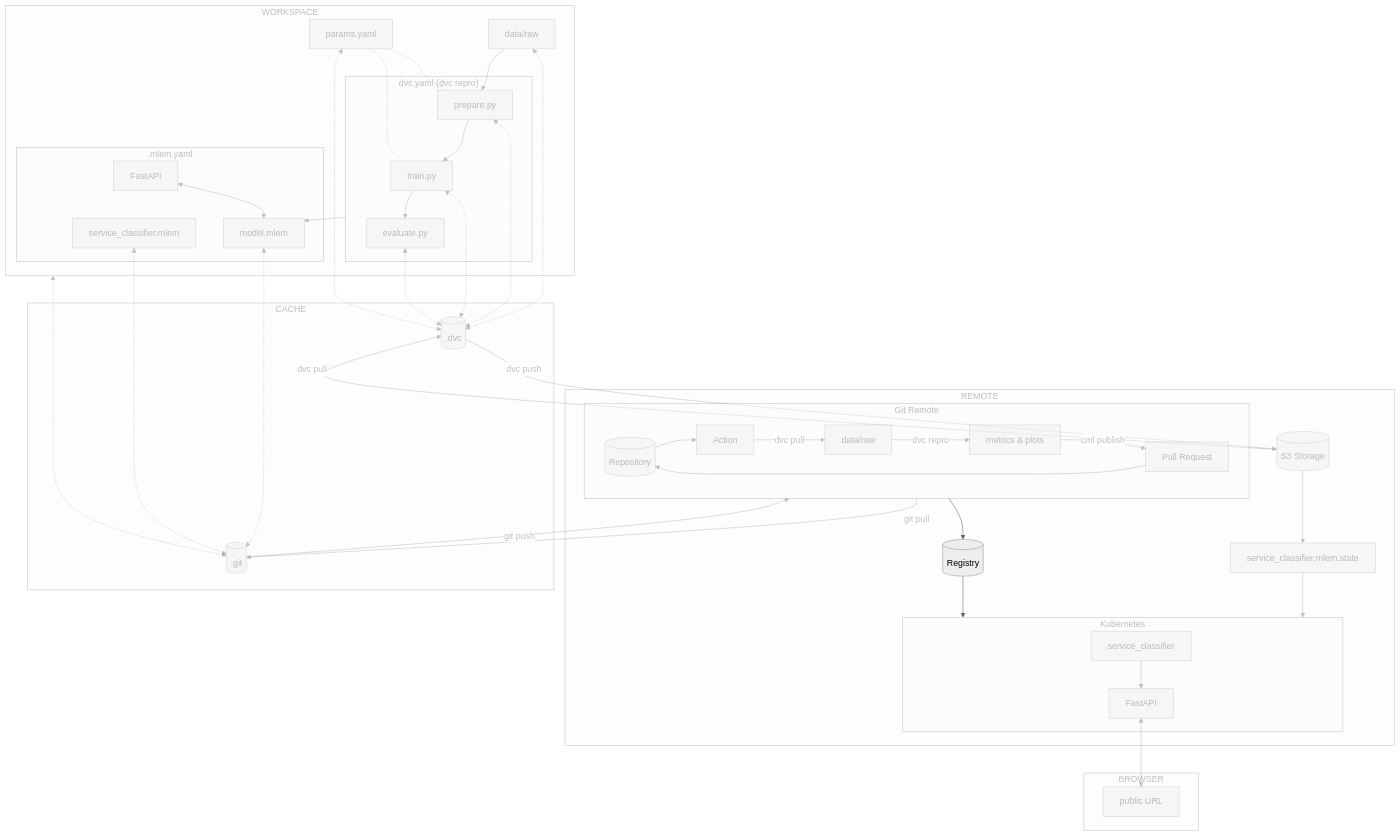
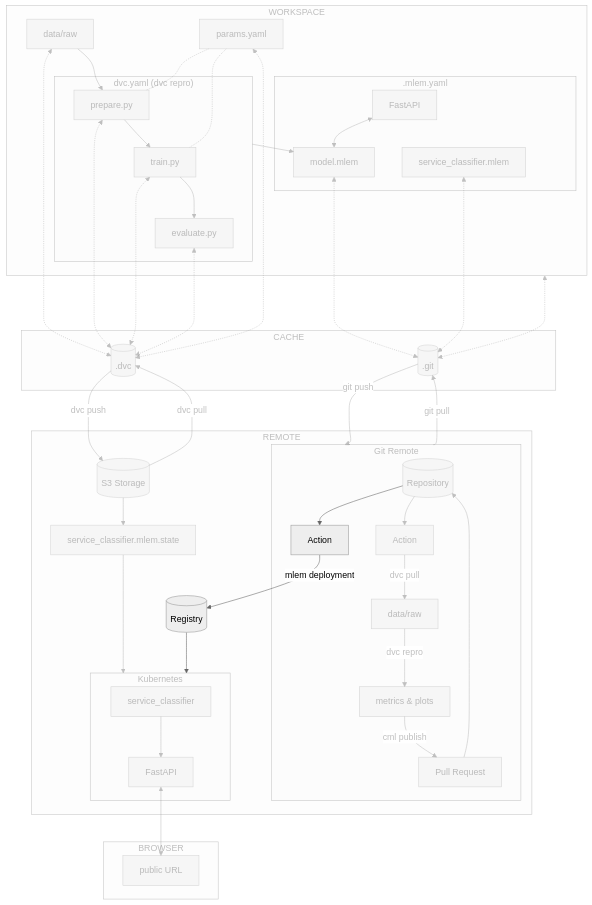
Before and after one commit to swiss-ai-center/a-guide-to-mlops: the diagram in docs/part-3-serve-and-deploy-the-model/chapter-14-continuous-deployment-of-the-model-with-mlem-and-the-cicd-pipeline.md, drawn with Mermaid (neutral theme).

Commit message:
Adjust mermaid further for chapter 14

````diff
--- a/docs/part-3-serve-and-deploy-the-model/chapter-14-continuous-deployment-of-the-model-with-mlem-and-the-cicd-pipeline.md
+++ b/docs/part-3-serve-and-deploy-the-model/chapter-14-continuous-deployment-of-the-model-with-mlem-and-the-cicd-pipeline.md
@@ -42,8 +42,9 @@
             action_data -->|dvc repro| action_out[metrics & plots]
             action_out -->|cml publish| pr[Pull Request]
             pr --> repository
+            repository --> action_deploy
         end
-        gitGraph --> registry[(Registry)]
+        action_deploy[Action] -->|mlem deployment| registry[(Registry)]
         subgraph clusterGraph[Kubernetes]
             service_mlem_cluster[service_classifier]
             service_mlem_cluster --> k8s_fastapi[FastAPI]
@@ -119,10 +120,9 @@
     linkStyle 8 opacity:0.4,color:#7f7f7f80
     linkStyle 9 opacity:0.4,color:#7f7f7f80
     linkStyle 10 opacity:0.4,color:#7f7f7f80
-    linkStyle 12 opacity:0.4,color:#7f7f7f80
     linkStyle 13 opacity:0.4,color:#7f7f7f80
     linkStyle 14 opacity:0.4,color:#7f7f7f80
-    linkStyle 16 opacity:0.4,color:#7f7f7f80
+    linkStyle 15 opacity:0.4,color:#7f7f7f80
     linkStyle 17 opacity:0.4,color:#7f7f7f80
     linkStyle 18 opacity:0.4,color:#7f7f7f80
     linkStyle 19 opacity:0.4,color:#7f7f7f80
@@ -136,4 +136,5 @@
     linkStyle 27 opacity:0.4,color:#7f7f7f80
     linkStyle 28 opacity:0.4,color:#7f7f7f80
     linkStyle 29 opacity:0.4,color:#7f7f7f80
+    linkStyle 30 opacity:0.4,color:#7f7f7f80
 ```
````
